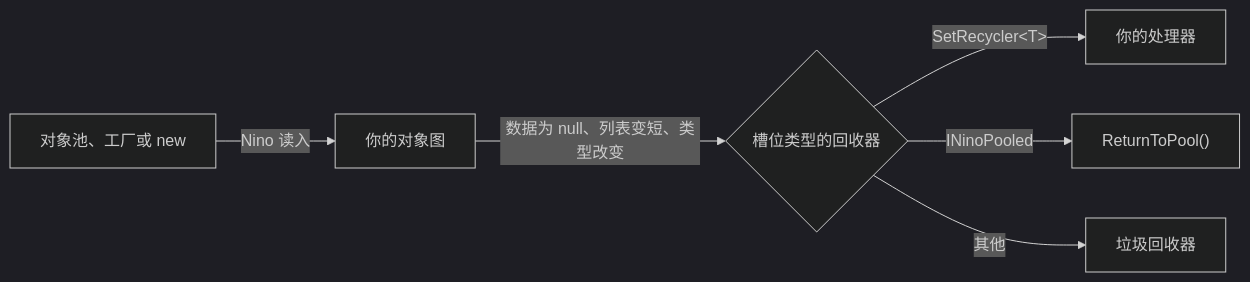
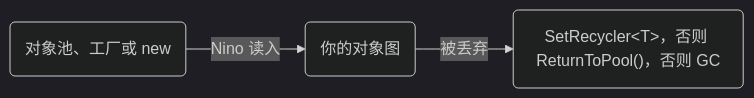
The diagram in content/docs/v4/pooling.zh.mdx (JasonXuDeveloper/Nino.Docs), drawn with Mermaid (dark theme) before and after one commit. The commit also changed other lines of this file and 14 other files, not shown here.

First line of the commit message:
docs(v4): compact diagrams, decision trees as tables, a 420px cap

````diff
--- a/content/docs/v4/pooling.zh.mdx
+++ b/content/docs/v4/pooling.zh.mdx
@@ -65,8 +57,5 @@
 ```mermaid
 flowchart LR
-  A["对象池、工厂或 new"] -- Nino 读入 --> B[你的对象图]
-  B -- "数据为 null、列表变短、类型改变" --> C{槽位类型的回收器}
-  C -- "SetRecycler#lt;T#gt;" --> D[你的处理器]
-  C -- INinoPooled --> E["ReturnToPool()"]
-  C -- 其他 --> G[垃圾回收器]
+  A("对象池、工厂或 new") -->|Nino 读入| B(你的对象图)
+  B -->|被丢弃| C("SetRecycler#lt;T#gt;，否则 ReturnToPool()，否则 GC")
 ```
````
